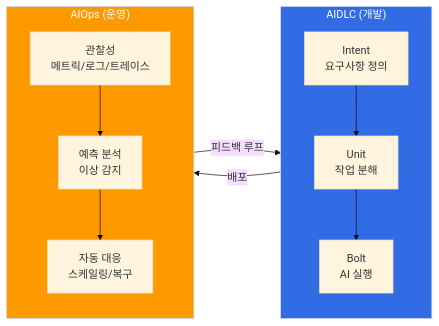
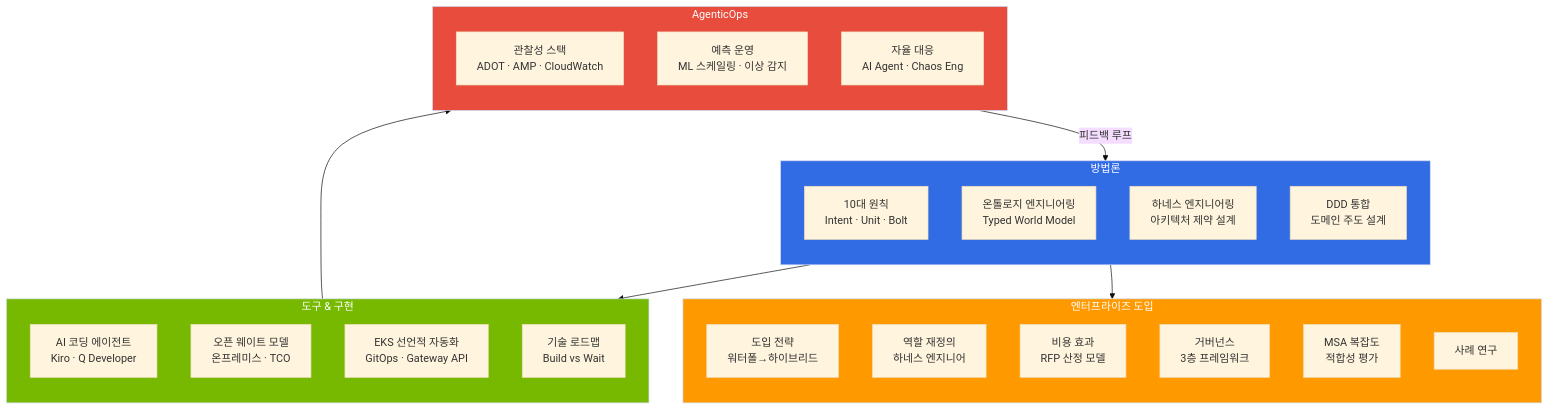
The diagram in docs/aidlc/index.md (devfloor9/engineering-playbook), drawn with Mermaid (base theme) before and after one commit. The commit also changed other lines of this file and 29 other files, not shown here.

First line of the commit message:
docs(aidlc): 4개 트랙으로 전면 재구성 — 방법론/엔터프라이즈/도구/운영

````diff
--- a/docs/aidlc/index.md
+++ b/docs/aidlc/index.md
@@ -41,20 +22,45 @@
 ```mermaid
-flowchart LR
-    subgraph AIDLC["AIDLC (개발)"]
+flowchart TB
+    subgraph METHOD["방법론"]
         direction TB
-        INTENT["Intent<br/>요구사항 정의"] --> UNIT["Unit<br/>작업 분해"]
-        UNIT --> BOLT["Bolt<br/>AI 실행"]
+        P["10대 원칙<br/>Intent · Unit · Bolt"]
+        O["온톨로지 엔지니어링<br/>Typed World Model"]
+        H["하네스 엔지니어링<br/>아키텍처 제약 설계"]
+        D["DDD 통합<br/>도메인 주도 설계"]
     end
 
-    subgraph AIOPS["AIOps (운영)"]
+    subgraph ENTER["엔터프라이즈 도입"]
         direction TB
-        OBS["관찰성<br/>메트릭/로그/트레이스"] --> PREDICT["예측 분석<br/>이상 감지"]
-        PREDICT --> AUTO["자동 대응<br/>스케일링/복구"]
+        A["도입 전략<br/>워터폴→하이브리드"]
+        R["역할 재정의<br/>하네스 엔지니어"]
+        C["비용 효과<br/>RFP 산정 모델"]
+        G["거버넌스<br/>3층 프레임워크"]
+        M["MSA 복잡도<br/>적합성 평가"]
+        CS["사례 연구"]
     end
 
-    AIDLC -->|"배포"| AIOPS
-    AIOPS -->|"피드백 루프"| AIDLC
+    subgraph TOOL["도구 & 구현"]
+        direction TB
+        AI["AI 코딩 에이전트<br/>Kiro · Q Developer"]
+        OW["오픈 웨이트 모델<br/>온프레미스 · TCO"]
+        EKS["EKS 선언적 자동화<br/>GitOps · Gateway API"]
+        TR["기술 로드맵<br/>Build vs Wait"]
+    end
 
-    style AIDLC fill:#326ce5,color:#fff
-    style AIOPS fill:#ff9900,color:#fff
+    subgraph OPS["AgenticOps"]
+        direction TB
+        OB["관찰성 스택<br/>ADOT · AMP · CloudWatch"]
+        PR["예측 운영<br/>ML 스케일링 · 이상 감지"]
+        AR["자율 대응<br/>AI Agent · Chaos Eng"]
+    end
+
+    METHOD --> TOOL
+    METHOD --> ENTER
+    TOOL --> OPS
+    OPS -->|"피드백 루프"| METHOD
+
+    style METHOD fill:#326ce5,color:#fff
+    style ENTER fill:#ff9900,color:#fff
+    style TOOL fill:#76b900,color:#fff
+    style OPS fill:#e74c3c,color:#fff
 ```
````
